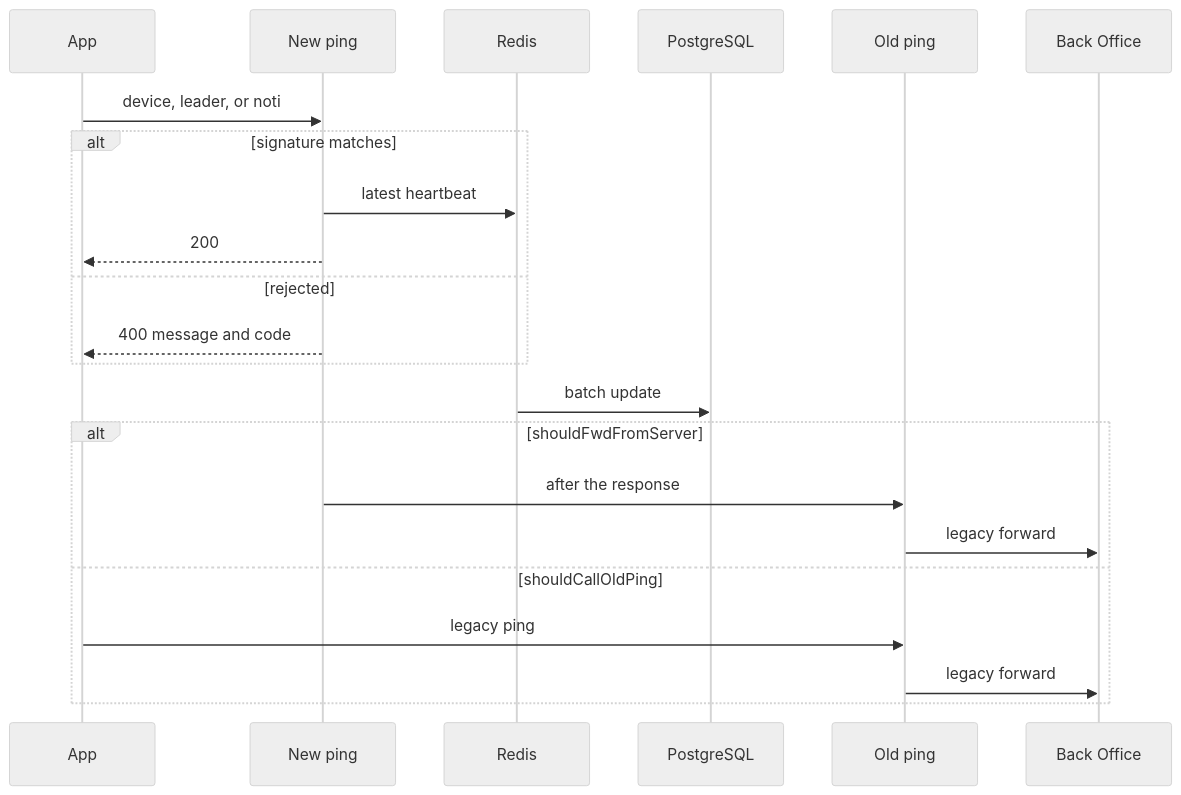
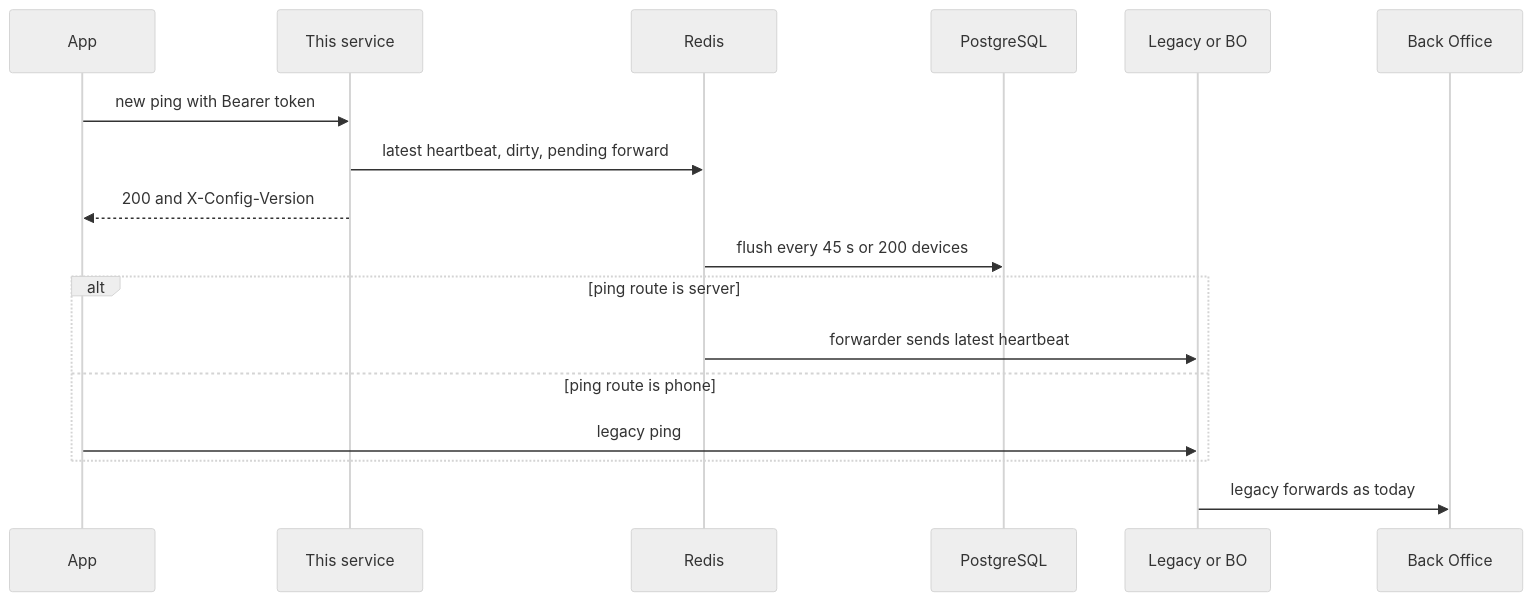
Before and after one commit to ryenguyen7411/jms-docs: the diagram in plans-next-architecture/04-device-ping.md, drawn with Mermaid (neutral theme). The commit also changed other lines of this file and 12 other files, not shown here.

````diff
--- a/plans-next-architecture/04-device-ping.md
+++ b/plans-next-architecture/04-device-ping.md
@@ -10,25 +10,20 @@
 ```mermaid
 sequenceDiagram
     participant App
-    participant New as New ping
+    participant New as This service
     participant Redis
     participant DB as PostgreSQL
-    participant Old as Old ping
+    participant Leg as Legacy or BO
     participant BO as Back Office
 
-    App->>New: device, leader, or noti
-    alt signature matches
-        New->>Redis: latest heartbeat
-        New-->>App: 200
-    else rejected
-        New-->>App: 400 message and code
+    App->>New: new ping with Bearer token
+    New->>Redis: latest heartbeat, dirty, pending forward
+    New-->>App: 200 and X-Config-Version
+    Redis->>DB: flush every 45 s or 200 devices
+    alt ping route is server
+        Redis->>Leg: forwarder sends latest heartbeat
+    else ping route is phone
+        App->>Leg: legacy ping
     end
-    Redis->>DB: batch update
-    alt shouldFwdFromServer
-        New->>Old: after the response
-        Old->>BO: legacy forward
-    else shouldCallOldPing
-        App->>Old: legacy ping
-        Old->>BO: legacy forward
-    end
+    Leg->>BO: legacy forwards as today
 ```
````
